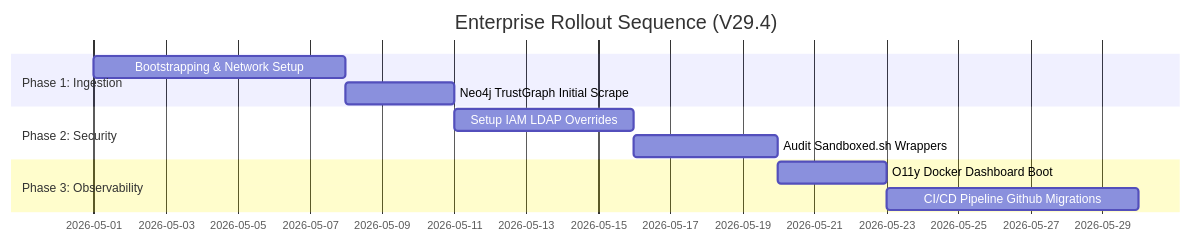
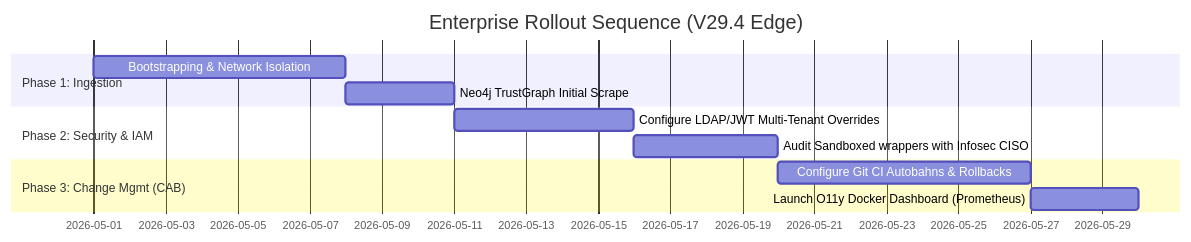
One commit to huudangdev/.agents changed the tenth of 10 diagrams in ENTERPRISE_ARCHITECTURE.md. Above: the diagram before and after it, drawn with Mermaid. The commit also changed other lines of this file and 2 other files, not shown here.

Commit message:
docs(governance): append and expand CISO feedback with CAB Rollback, Multi-tenant IAM, SDLC flow, and granular OTel labels without truncating original architecture

````diff
--- a/ENTERPRISE_ARCHITECTURE.md
+++ b/ENTERPRISE_ARCHITECTURE.md
@@ -250,14 +304,14 @@
 ```mermaid
 gantt
-    title Enterprise Rollout Sequence (V29.4)
+    title Enterprise Rollout Sequence (V29.4 Edge)
     dateFormat  YYYY-MM-DD
     section Phase 1: Ingestion
-    Bootstrapping & Network Setup  :a1, 2026-05-01, 7d
-    Neo4j TrustGraph Initial Scrape:a2, after a1  , 3d
-    section Phase 2: Security 
-    Setup IAM LDAP Overrides       :b1, 2026-05-11, 5d
-    Audit Sandboxed.sh Wrappers    :b2, after b1  , 4d
-    section Phase 3: Observability
-    O11y Docker Dashboard Boot     :c1, 2026-05-20, 3d
-    CI/CD Pipeline Github Migrations:c2, after c1 , 7d
+    Bootstrapping & Network Isolation :a1, 2026-05-01, 7d
+    Neo4j TrustGraph Initial Scrape   :a2, after a1  , 3d
+    section Phase 2: Security & IAM
+    Configure LDAP/JWT Multi-Tenant Overrides :b1, 2026-05-11, 5d
+    Audit Sandboxed wrappers with Infosec CISO :b2, after b1  , 4d
+    section Phase 3: Change Mgmt (CAB)
+    Configure Git CI Autobahns & Rollbacks     :c1, 2026-05-20, 7d
+    Launch O11y Docker Dashboard (Prometheus)  :c2, after c1 , 3d
 ```
````
